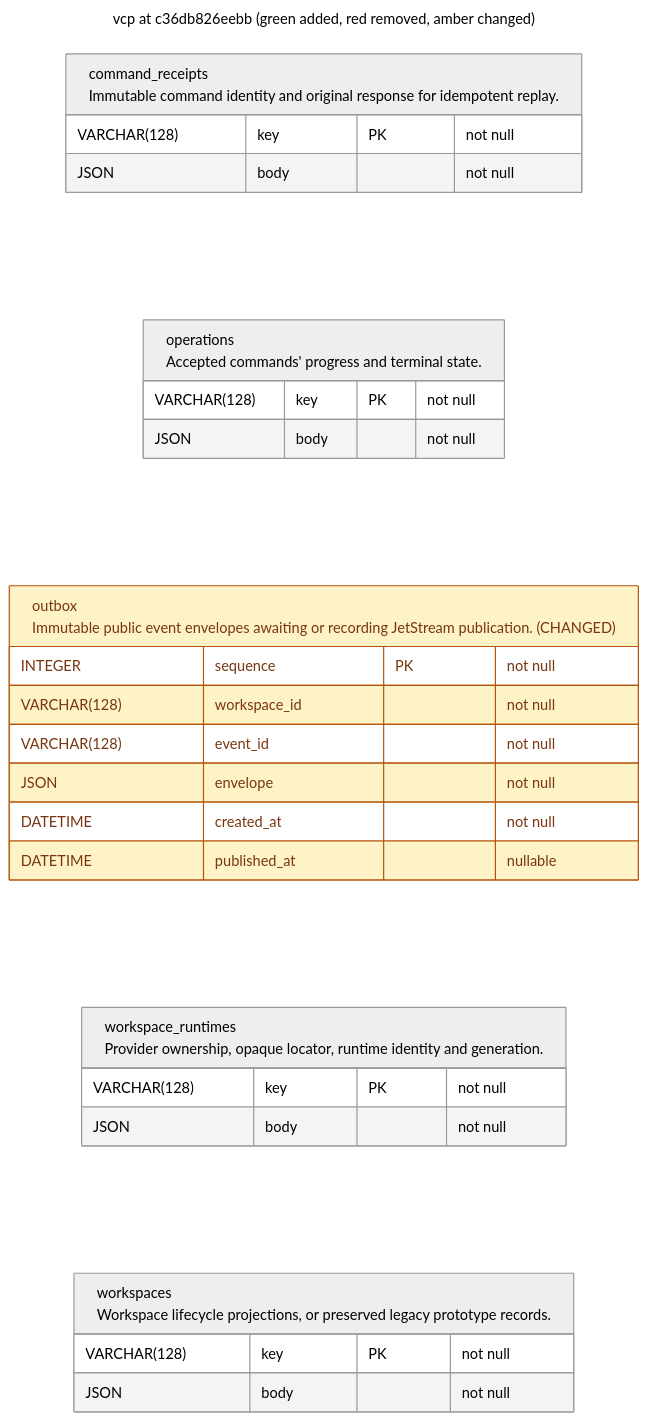
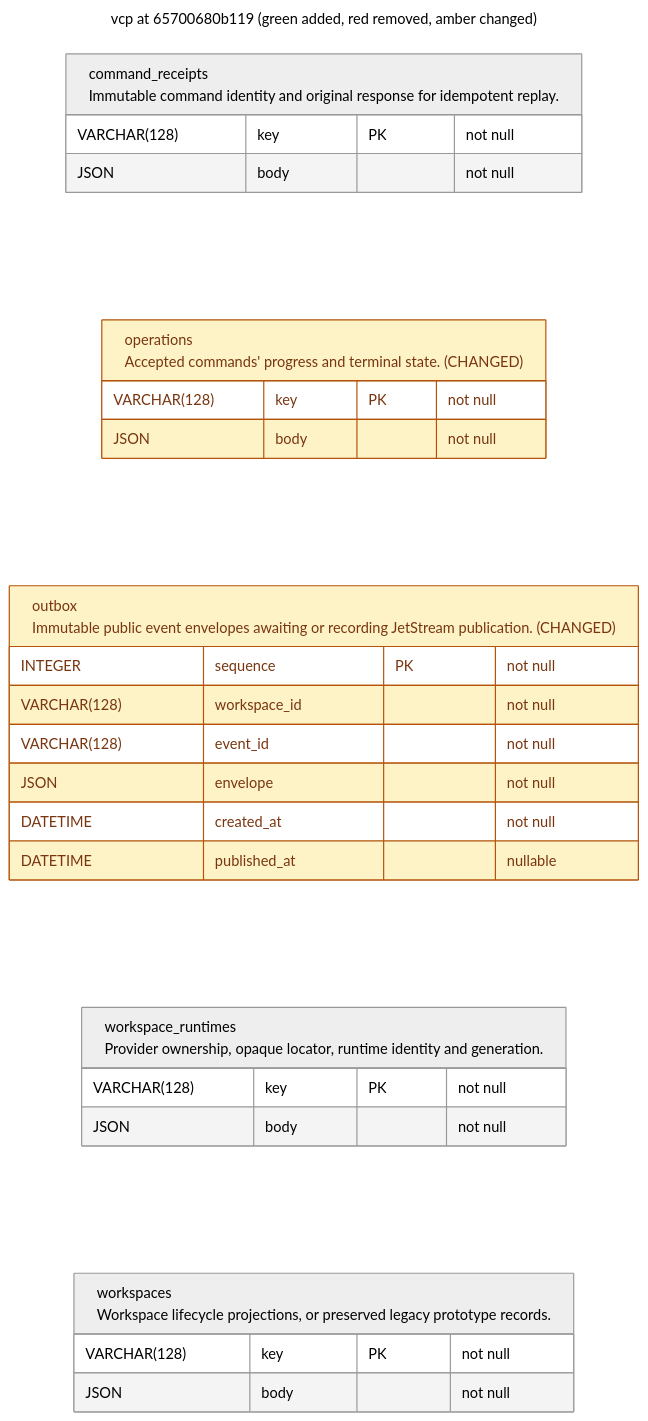
Before and after one commit to OpenEngine/OpenEngine: the diagram in v2/docs/schema/latest_vcp.mermaid, drawn with Mermaid. The commit also changed 4 other files, not shown here.

Commit message:
docs: update service schemas

```diff
--- a/v2/docs/schema/latest_vcp.mermaid
+++ b/v2/docs/schema/latest_vcp.mermaid
@@ -1,38 +1,39 @@
 ---
-title: vcp at c36db826eebb (green added, red removed, amber changed)
+title: vcp at 65700680b119 (green added, red removed, amber changed)
 config:
   theme: neutral
 ---
 erDiagram
     direction LR
     %% REMOVED tables/columns are tombstones, absent from this revision's schema.
     %% Column changes include type, nullability, default and key membership.
     %% Table changes also include indexes and constraints.
     classDef added fill:#dcfce7,stroke:#15803d,color:#14532d
     classDef removed fill:#fee2e2,stroke:#b91c1c,color:#7f1d1d
     classDef changed fill:#fef3c7,stroke:#b45309,color:#78350f
     command_receipts["command_receipts<br/>Immutable command identity and original response for idempotent replay."] {
         VARCHAR(128) key PK "not null"
         JSON body "not null"
     }
-    operations["operations<br/>Accepted commands' progress and terminal state."] {
+    operations["operations<br/>Accepted commands' progress and terminal state. (CHANGED)"] {
         VARCHAR(128) key PK "not null"
         JSON body "not null"
     }
+    class operations changed
     outbox["outbox<br/>Immutable public event envelopes awaiting or recording JetStream publication. (CHANGED)"] {
         INTEGER sequence PK "not null"
         VARCHAR(128) workspace_id "not null"
         VARCHAR(128) event_id "not null"
         JSON envelope "not null"
         DATETIME created_at "not null"
         DATETIME published_at "nullable"
     }
     class outbox changed
     workspace_runtimes["workspace_runtimes<br/>Provider ownership, opaque locator, runtime identity and generation."] {
         VARCHAR(128) key PK "not null"
         JSON body "not null"
     }
     workspaces["workspaces<br/>Workspace lifecycle projections, or preserved legacy prototype records."] {
         VARCHAR(128) key PK "not null"
         JSON body "not null"
     }
```
